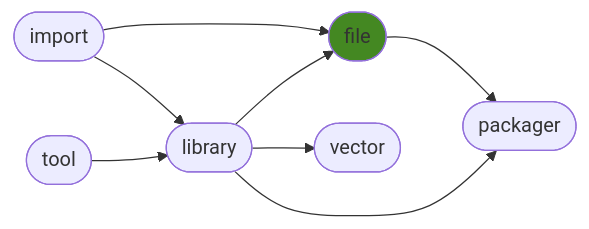
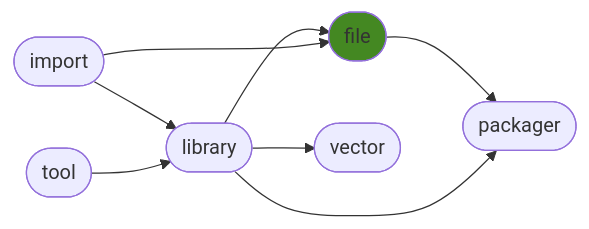
The diagram in README.md (ManderaGeneral/generalfile), drawn with Mermaid before and after one commit. The commit also changed other lines of this file and 1 other file, not shown here.

````diff
--- a/README.md
+++ b/README.md
@@ -24,17 +24,17 @@
 ```mermaid
 flowchart LR
+2([library]) --> 4([vector])
+0([import]) --> 2([library])
+3([file]) --> 5([packager])
+2([library]) --> 5([packager])
+1([tool]) --> 2([library])
+2([library]) --> 3([file])
 0([import]) --> 3([file])
-3([file]) --> 5([packager])
-2([library]) --> 4([vector])
-2([library]) --> 3([file])
-0([import]) --> 2([library])
-1([tool]) --> 2([library])
-2([library]) --> 5([packager])
 click 0 "https://github.com/ManderaGeneral/generalimport"
 click 1 "https://github.com/ManderaGeneral/generaltool"
 click 2 "https://github.com/ManderaGeneral/generallibrary"
 click 3 "https://github.com/ManderaGeneral/generalfile"
 click 4 "https://github.com/ManderaGeneral/generalvector"
 click 5 "https://github.com/ManderaGeneral/generalpackager"
 style 3 fill:#482
 ```
````
